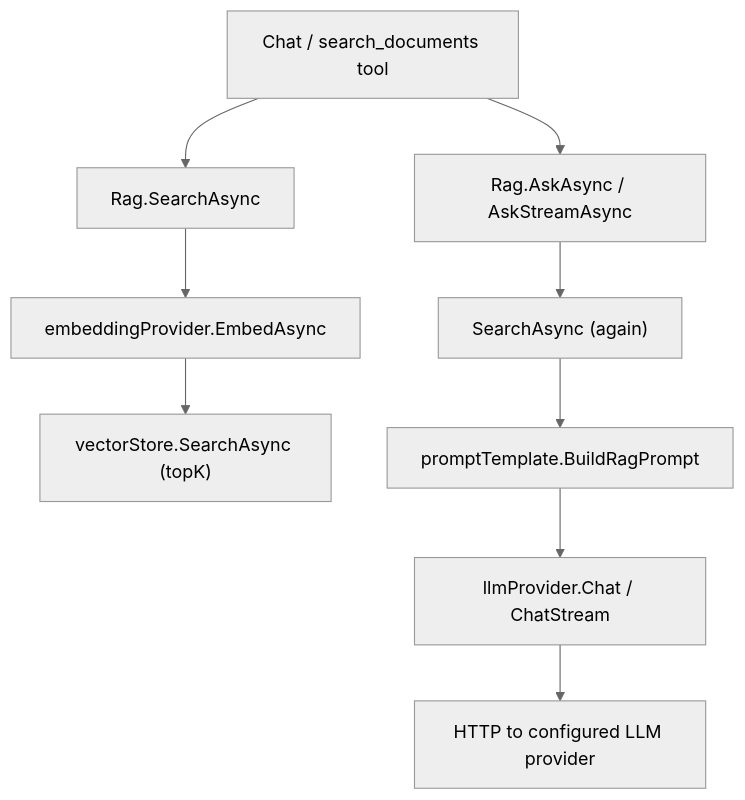
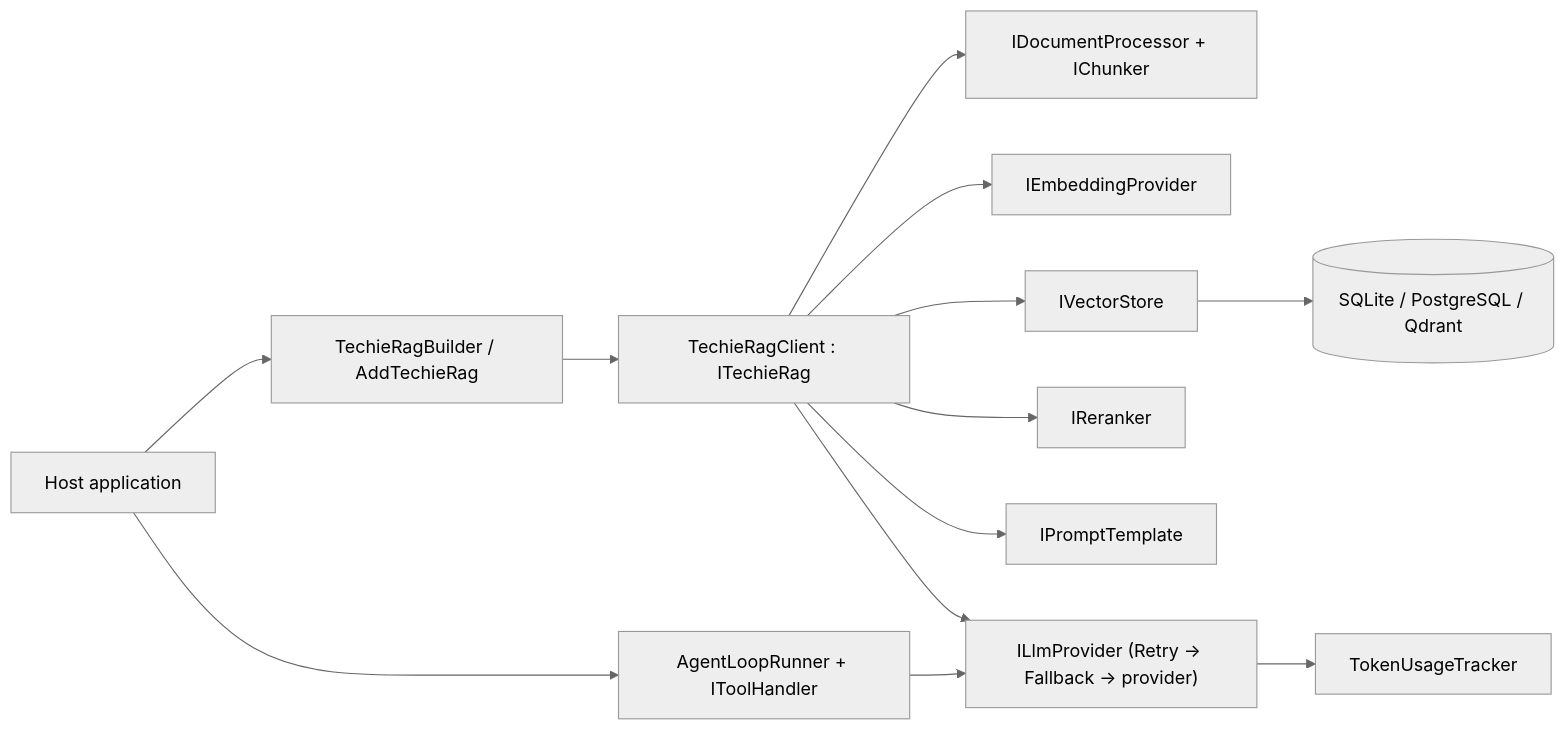
The diagram in docs/TechieRag-DevGuide.md (techierathore/TechieRag), drawn with Mermaid (neutral theme) before and after one commit. The commit also changed other lines of this file and 777 other files, not shown here.

````diff
--- a/docs/TechieRag-DevGuide.md
+++ b/docs/TechieRag-DevGuide.md
@@ -822,11 +18,15 @@
 ```mermaid
-flowchart TD
-  Q["Chat / search_documents tool"] --> S["Rag.SearchAsync"]
-  S --> QE["embeddingProvider.EmbedAsync"]
-  QE --> VS["vectorStore.SearchAsync (topK)"]
-  Q --> ASK["Rag.AskAsync / AskStreamAsync"]
-  ASK --> S2["SearchAsync (again)"]
-  S2 --> BP["promptTemplate.BuildRagPrompt"]
-  BP --> LLM["llmProvider.Chat / ChatStream"]
-  LLM --> HTTP["HTTP to configured LLM provider"]
+flowchart LR
+  Host["Host application"] --> Builder["TechieRagBuilder / AddTechieRag"]
+  Builder --> Client["TechieRagClient : ITechieRag"]
+  Client --> Proc["IDocumentProcessor + IChunker"]
+  Client --> Emb["IEmbeddingProvider"]
+  Client --> Store["IVectorStore"]
+  Client --> Rerank["IReranker"]
+  Client --> Prompt["IPromptTemplate"]
+  Client --> Llm["ILlmProvider (Retry → Fallback → provider)"]
+  Llm --> Tracker["TokenUsageTracker"]
+  Host --> Agent["AgentLoopRunner + IToolHandler"]
+  Agent --> Llm
+  Store --> DB[("SQLite / PostgreSQL / Qdrant")]
 ```
````
